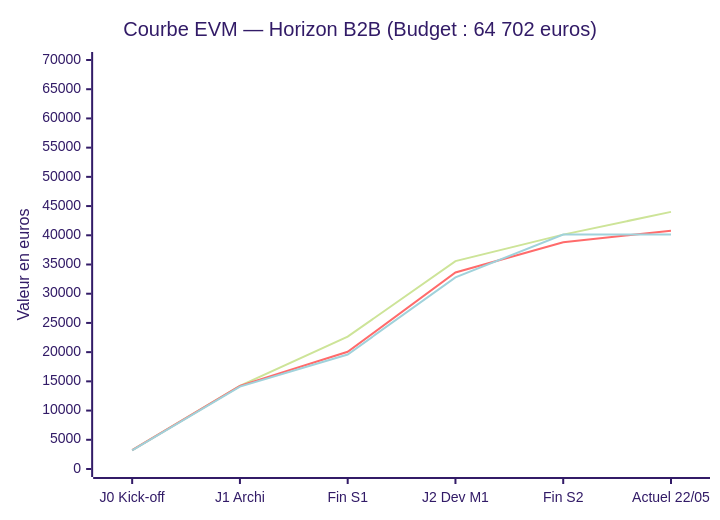
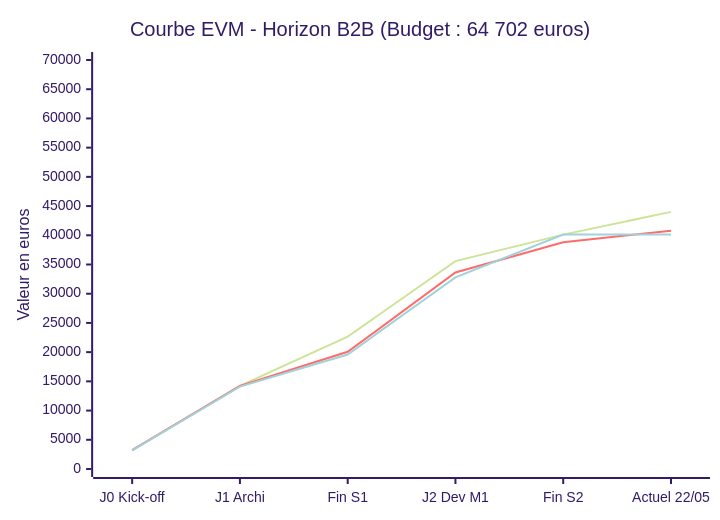
The seventh of 12 diagrams in docs md/Dossier_Projet_B2B_FINAL.md (POWLAIR/management-projet-numerique), drawn with Mermaid (forest theme) before and after one commit. The commit also changed other lines of this file, not shown here.

````diff
--- a/docs md/Dossier_Projet_B2B_FINAL.md
+++ b/docs md/Dossier_Projet_B2B_FINAL.md
@@ -726,9 +726,9 @@
 ```mermaid
 xychart-beta
-    title "Courbe EVM — Horizon B2B (Budget : 64 702 euros)"
+    title "Courbe EVM - Horizon B2B (Budget : 64 702 euros)"
     x-axis ["J0 Kick-off", "J1 Archi", "Fin S1", "J2 Dev M1", "Fin S2", "Actuel 22/05"]
     y-axis "Valeur en euros" 0 --> 70000
     line [3236, 14234, 22646, 35586, 40116, 44006]
     line [3236, 14234, 20058, 33644, 38822, 40762]
     line [3180, 14100, 19600, 32800, 40120, 40120]
 ```
````
